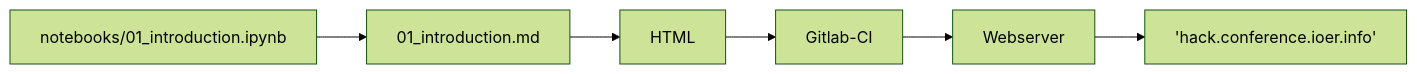
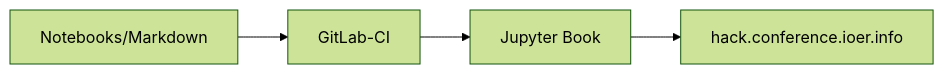
One commit to TasnimOy/ioer-conference-2026-haclathon changed the diagram in README.md. Above: the diagram before and after it, drawn with Mermaid. The commit also changed other lines of this file and 1 other file, not shown here.

````diff
--- a/README.md
+++ b/README.md
@@ -26,5 +39,5 @@
  ```mermaid 
  %%{init: { 'theme':'forest', 'securityLevel': 'loose', 'sequence': {'useMaxWidth':false} } }%%
  flowchart LR;
-    notebooks/01_introduction.ipynb-->01_introduction.md-->HTML-->Gitlab-CI-->Webserver-->'hack.conference.ioer.info'
+    Source[Notebooks/Markdown]-->CI[GitLab-CI]-->Build[Jupyter Book]-->Web[hack.conference.ioer.info]
  ```
````
